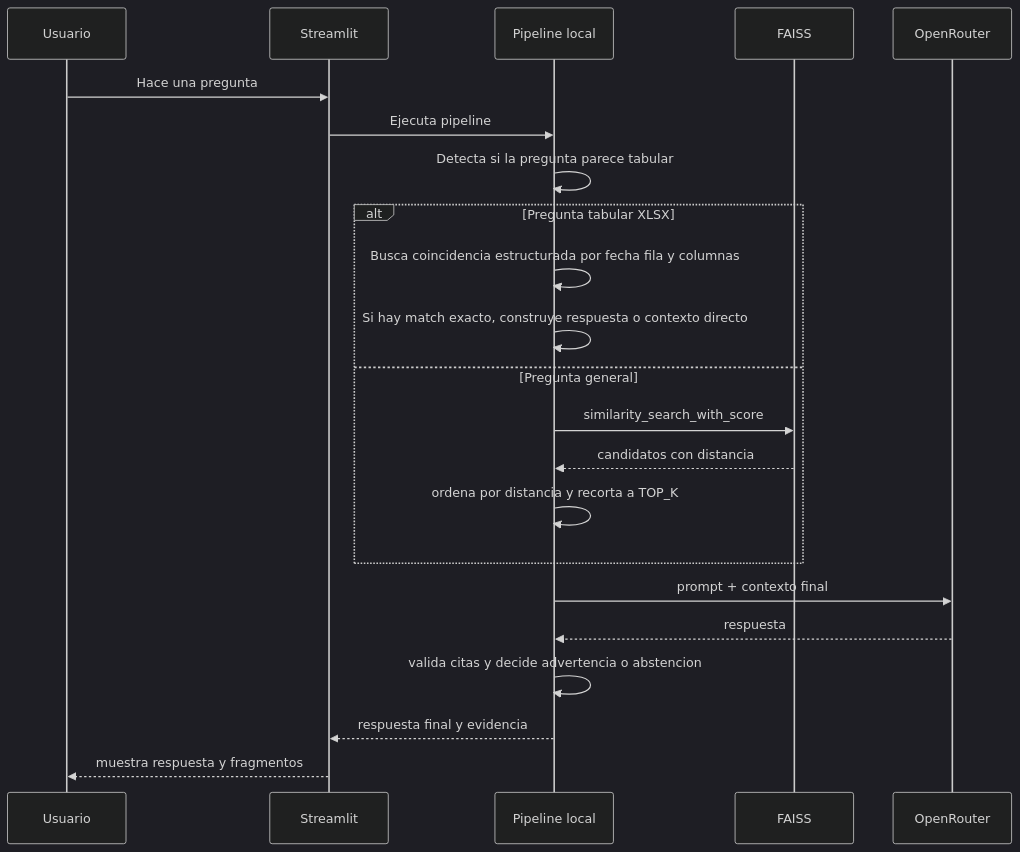
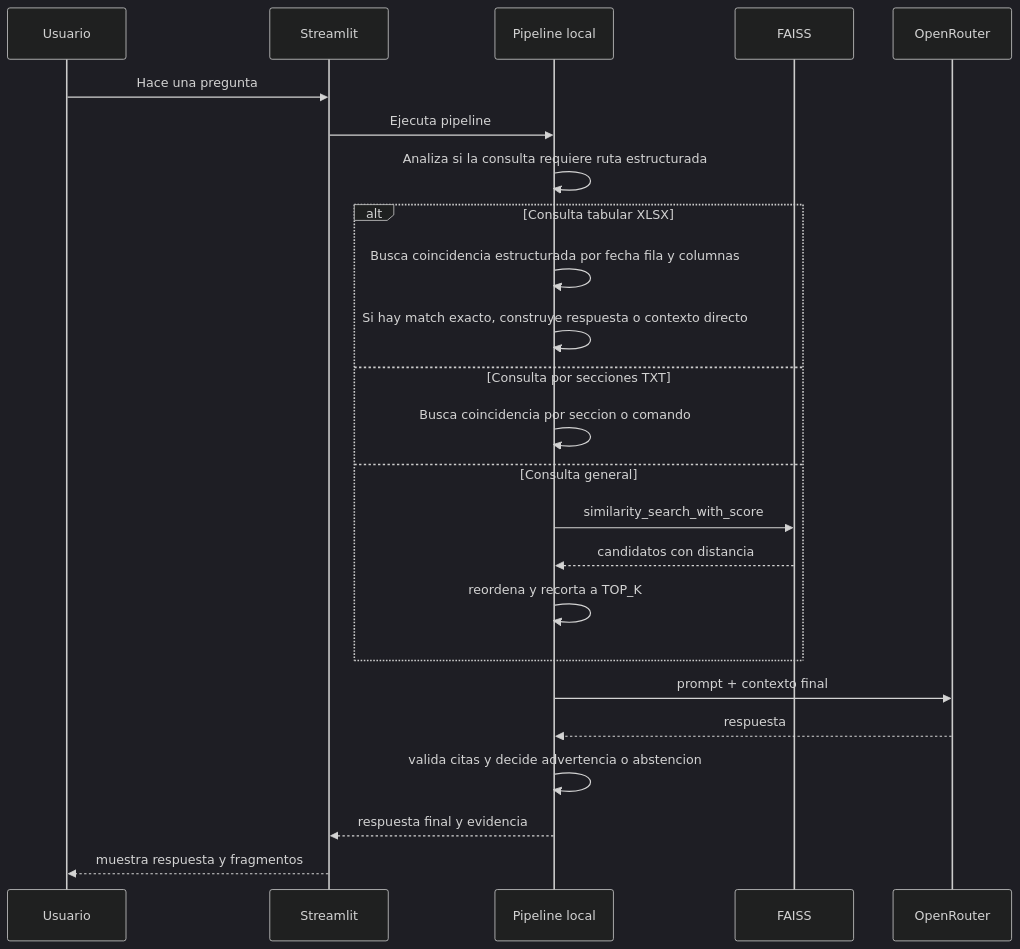
One commit to MauPos04/RAG_BIOS changed the third of 4 diagrams in README2.md. Above: the diagram before and after it, drawn with Mermaid (dark theme). The commit also changed other lines of this file and 3 other files, not shown here.

````diff
--- a/README2.md
+++ b/README2.md
@@ -61,25 +66,27 @@
 ```mermaid
 sequenceDiagram
     participant U as Usuario
     participant S as Streamlit
     participant P as Pipeline local
     participant F as FAISS
     participant O as OpenRouter
 
     U->>S: Hace una pregunta
     S->>P: Ejecuta pipeline
-    P->>P: Detecta si la pregunta parece tabular
-    alt Pregunta tabular XLSX
+    P->>P: Analiza si la consulta requiere ruta estructurada
+    alt Consulta tabular XLSX
         P->>P: Busca coincidencia estructurada por fecha fila y columnas
         P->>P: Si hay match exacto, construye respuesta o contexto directo
-    else Pregunta general
+    else Consulta por secciones TXT
+        P->>P: Busca coincidencia por seccion o comando
+    else Consulta general
         P->>F: similarity_search_with_score
         F-->>P: candidatos con distancia
-        P->>P: ordena por distancia y recorta a TOP_K
+        P->>P: reordena y recorta a TOP_K
     end
     P->>O: prompt + contexto final
     O-->>P: respuesta
     P->>P: valida citas y decide advertencia o abstencion
     P-->>S: respuesta final y evidencia
     S-->>U: muestra respuesta y fragmentos
 ```
````
